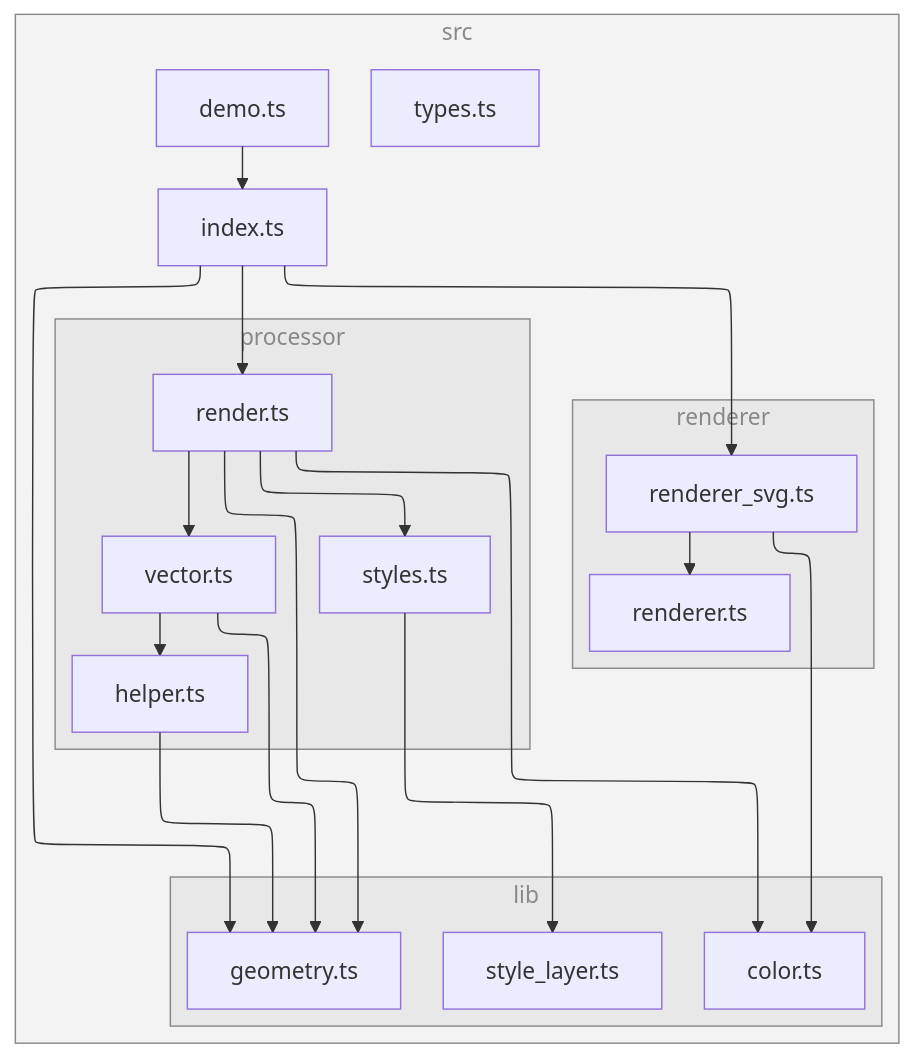
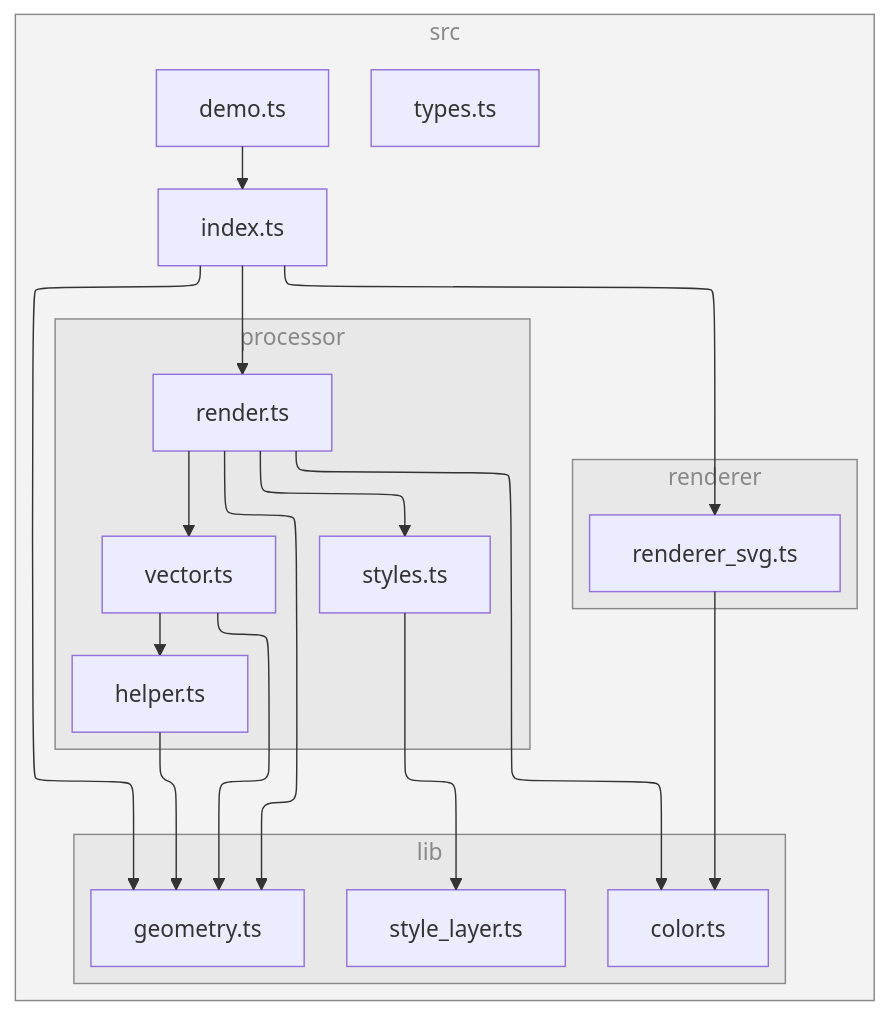
One commit to versatiles-org/versatiles-renderer changed the diagram in README.md. Above: the diagram before and after it, drawn with Mermaid. The commit also changed 3 other files, not shown here.

````diff
--- a/README.md
+++ b/README.md
@@ -33,45 +33,43 @@
 ```mermaid
 ---
 config:
   layout: elk
 ---
 flowchart TB
 
 subgraph 0["src"]
 1["demo.ts"]
 2["index.ts"]
 subgraph 3["lib"]
 4["geometry.ts"]
 7["color.ts"]
 9["style_layer.ts"]
 end
 subgraph 5["processor"]
 6["render.ts"]
 8["styles.ts"]
 A["vector.ts"]
 B["helper.ts"]
 end
 subgraph C["renderer"]
 D["renderer_svg.ts"]
-E["renderer.ts"]
 end
-F["types.ts"]
+E["types.ts"]
 end
 1-->2
 2-->4
 2-->6
 2-->D
 6-->7
 6-->4
 6-->8
 6-->A
 8-->9
 A-->4
 A-->B
 B-->4
 D-->7
-D-->E
 
 class 0,3,5,C subgraphs;
 classDef subgraphs fill-opacity:0.1, fill:#888, color:#888, stroke:#888;
 ```
````
